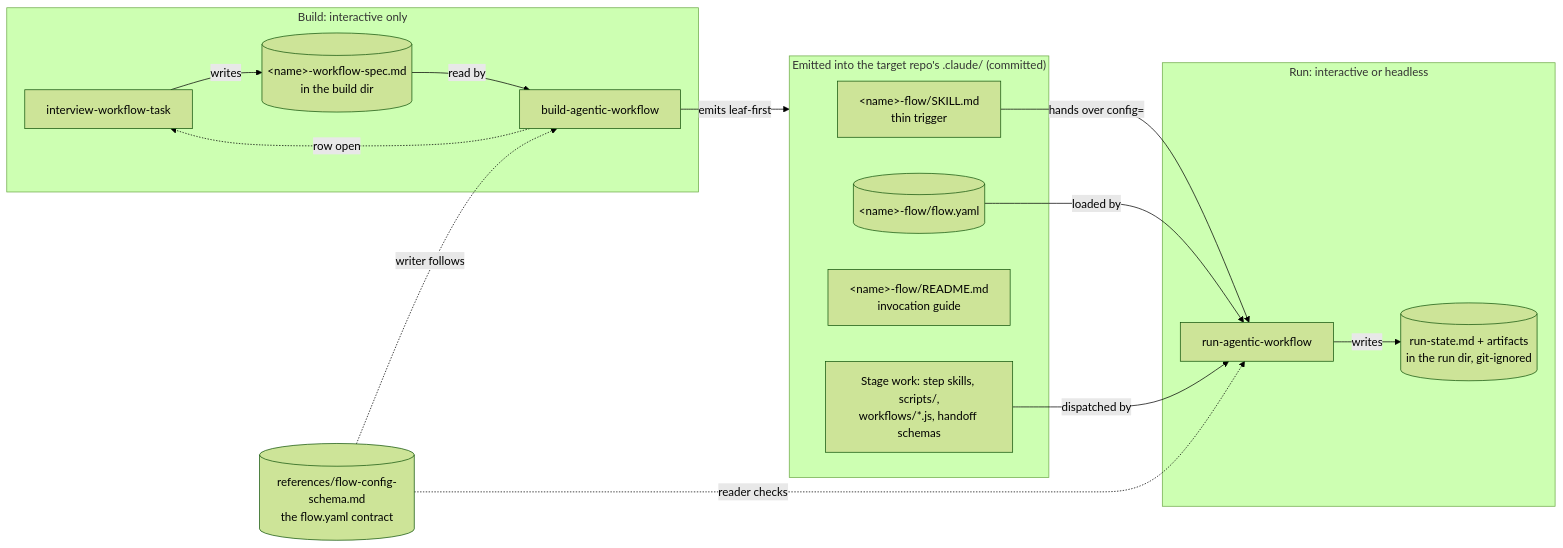
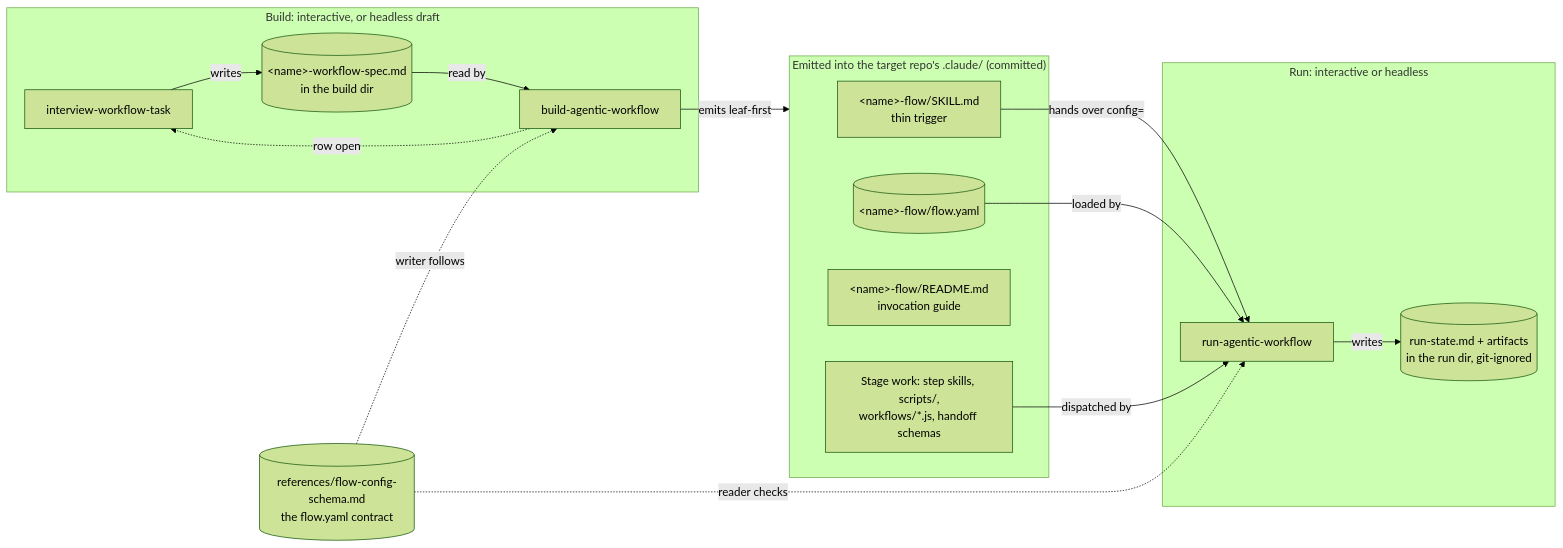
The first of 3 diagrams in plugins/standalone/ceh-workflow-builder/docs/ARCHITECTURE.md (cheneeheng/ceh-claude-code-library), drawn with Mermaid (forest theme) before and after one commit. The commit also changed other lines of this file and 12 other files, not shown here.

````diff
--- a/plugins/standalone/ceh-workflow-builder/docs/ARCHITECTURE.md
+++ b/plugins/standalone/ceh-workflow-builder/docs/ARCHITECTURE.md
@@ -27,33 +29,33 @@
 ```mermaid
 flowchart LR
-    subgraph build["Build: interactive only"]
+    subgraph build["Build: interactive, or headless draft"]
         interview["interview-workflow-task"]
         spec[("&lt;name&gt;-workflow-spec.md<br/>in the build dir")]
         builder["build-agentic-workflow"]
     end
 
     subgraph emitted["Emitted into the target repo's .claude/ (committed)"]
         trigger["&lt;name&gt;-flow/SKILL.md<br/>thin trigger"]
         config[("&lt;name&gt;-flow/flow.yaml")]
         guide["&lt;name&gt;-flow/README.md<br/>invocation guide"]
         backends["Stage work: step skills, scripts/,<br/>workflows/*.js, handoff schemas"]
     end
 
     subgraph run["Run: interactive or headless"]
         runner["run-agentic-workflow"]
         rundir[("run-state.md + artifacts<br/>in the run dir, git-ignored")]
     end
 
     schema[("references/flow-config-schema.md<br/>the flow.yaml contract")]
 
     interview -->|writes| spec
     spec -->|read by| builder
     builder -.->|row open| interview
     builder -->|emits leaf-first| emitted
     trigger -->|"hands over config="| runner
     config -->|loaded by| runner
     backends -->|dispatched by| runner
     runner -->|writes| rundir
     schema -.->|writer follows| builder
     schema -.->|reader checks| runner
 ```
````
